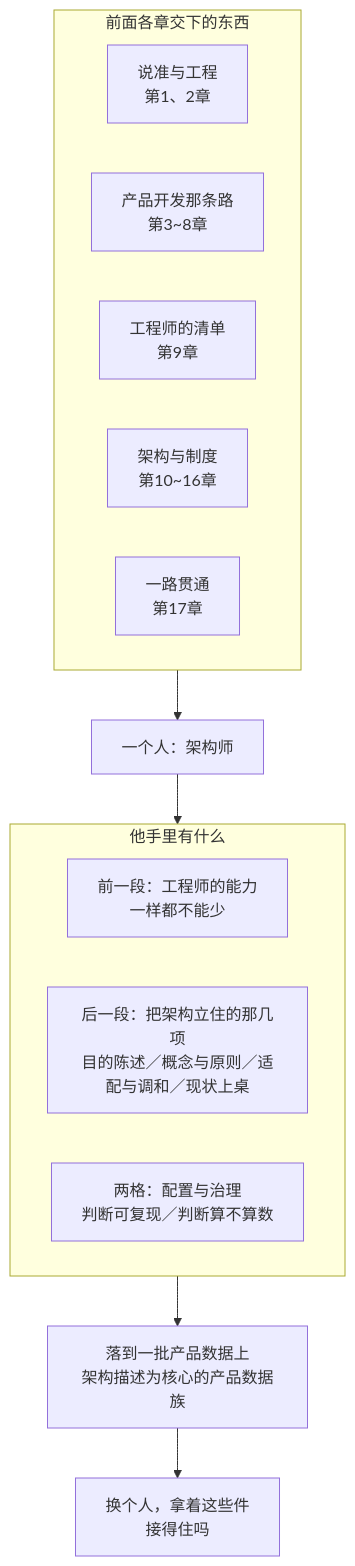
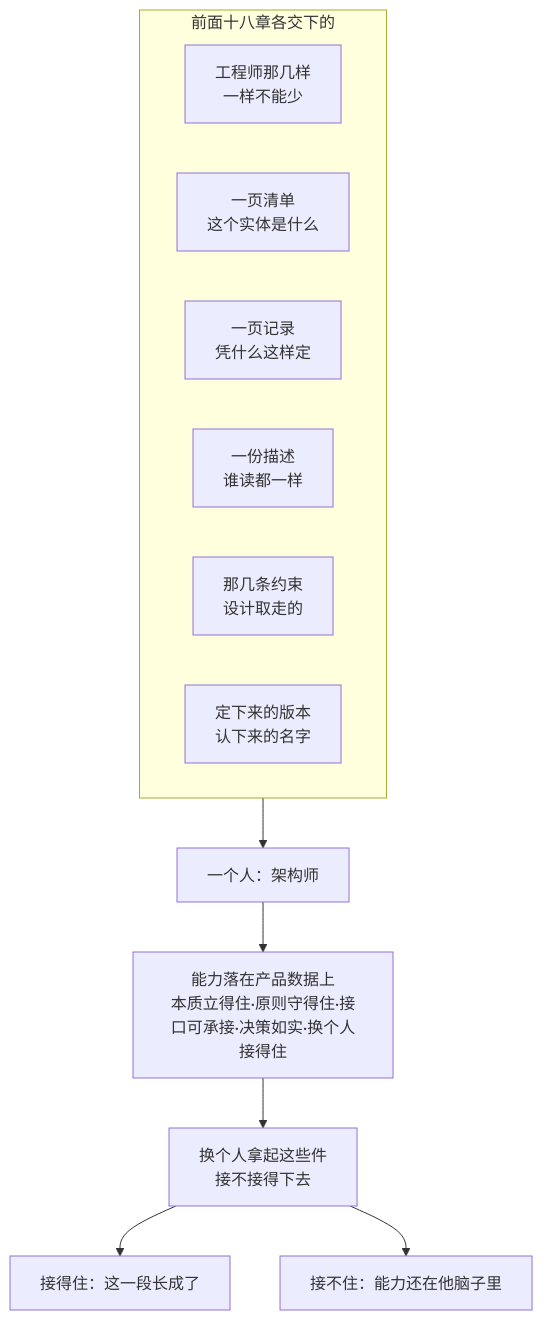
The diagram in 10-系统工程研究/03-架构师是个怎样的物种/19-第19章-架构师-还是一份能力清单.md (Yongjunzhou/business-Engineering), drawn with Mermaid before and after one commit. The commit also changed other lines of this file and 11 other files, not shown here.

````diff
--- a/10-系统工程研究/03-架构师是个怎样的物种/19-第19章-架构师-还是一份能力清单.md
+++ b/10-系统工程研究/03-架构师是个怎样的物种/19-第19章-架构师-还是一份能力清单.md
@@ -579,21 +491,16 @@
 ```mermaid
 flowchart TB
-  subgraph IN["前面各章交下的东西"]
-    direction LR
-    A1["说准与工程<br/>第1、2章"]
-    A2["产品开发那条路<br/>第3~8章"]
-    A3["工程师的清单<br/>第9章"]
-    A4["架构与制度<br/>第10~16章"]
-    A5["一路贯通<br/>第17章"]
+  subgraph IN["前面十八章各交下的"]
+    A1["工程师那几样<br/>一样不能少"]
+    A2["一页清单<br/>这个实体是什么"]
+    A3["一页记录<br/>凭什么这样定"]
+    A4["一份描述<br/>谁读都一样"]
+    A5["那几条约束<br/>设计取走的"]
+    A6["定下来的版本<br/>认下来的名字"]
   end
-  IN --> WHO["一个人：架构师"]
-  subgraph WHO2["他手里有什么"]
-    direction LR
-    L1["前一段：工程师的能力<br/>一样都不能少"]
-    L2["后一段：把架构立住的那几项<br/>目的陈述／概念与原则／适配与调和／现状上桌"]
-    L3["两格：配置与治理<br/>判断可复现／判断算不算数"]
-  end
-  WHO --> WHO2
-  WHO2 --> OUT["落到一批产品数据上<br/>架构描述为核心的产品数据族"]
-  OUT --> CHK["换个人，拿着这些件<br/>接得住吗"]
+  IN --> ONE["一个人：架构师"]
+  ONE --> OUT["能力落在产品数据上<br/>本质立得住·原则守得住·接口可承接·决策如实·换个人接得住"]
+  OUT --> CHK["换个人拿起这些件<br/>接不接得下去"]
+  CHK --> YES["接得住：这一段长成了"]
+  CHK --> NO["接不住：能力还在他脑子里"]
 ```
````
